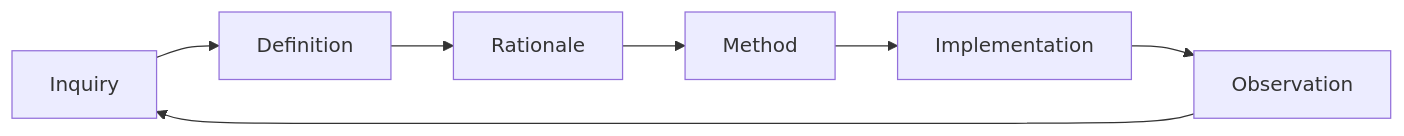
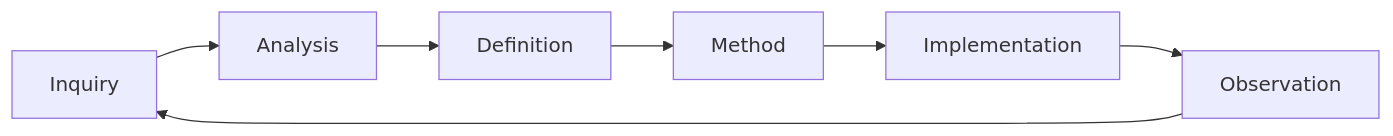
One commit to anatoly-m-maslennikov/dset-specs-loops-framework changed the diagram in 12_layer_gov/080_dset-gov-specification-methodology.md. Above: the diagram before and after it, drawn with Mermaid. The commit also changed other lines of this file and 8 other files, not shown here.

````diff
--- a/12_layer_gov/080_dset-gov-specification-methodology.md
+++ b/12_layer_gov/080_dset-gov-specification-methodology.md
@@ -16,9 +16,9 @@
 ```mermaid
 flowchart LR
-  I["Inquiry"] --> D["Definition"]
-  D --> R["Rationale"]
-  R --> M["Method"]
+  I["Inquiry"] --> A["Analysis"]
+  A --> D["Definition"]
+  D --> M["Method"]
   M --> X["Implementation"]
   X --> O["Observation"]
   O --> I
 ```
````
